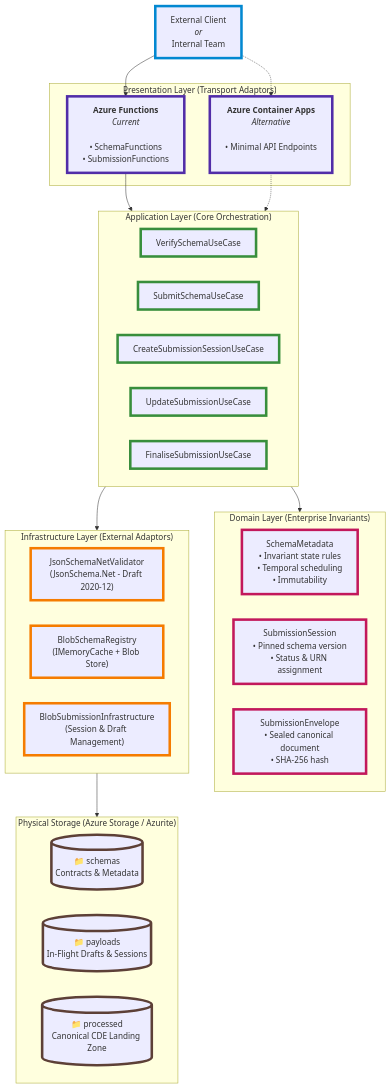
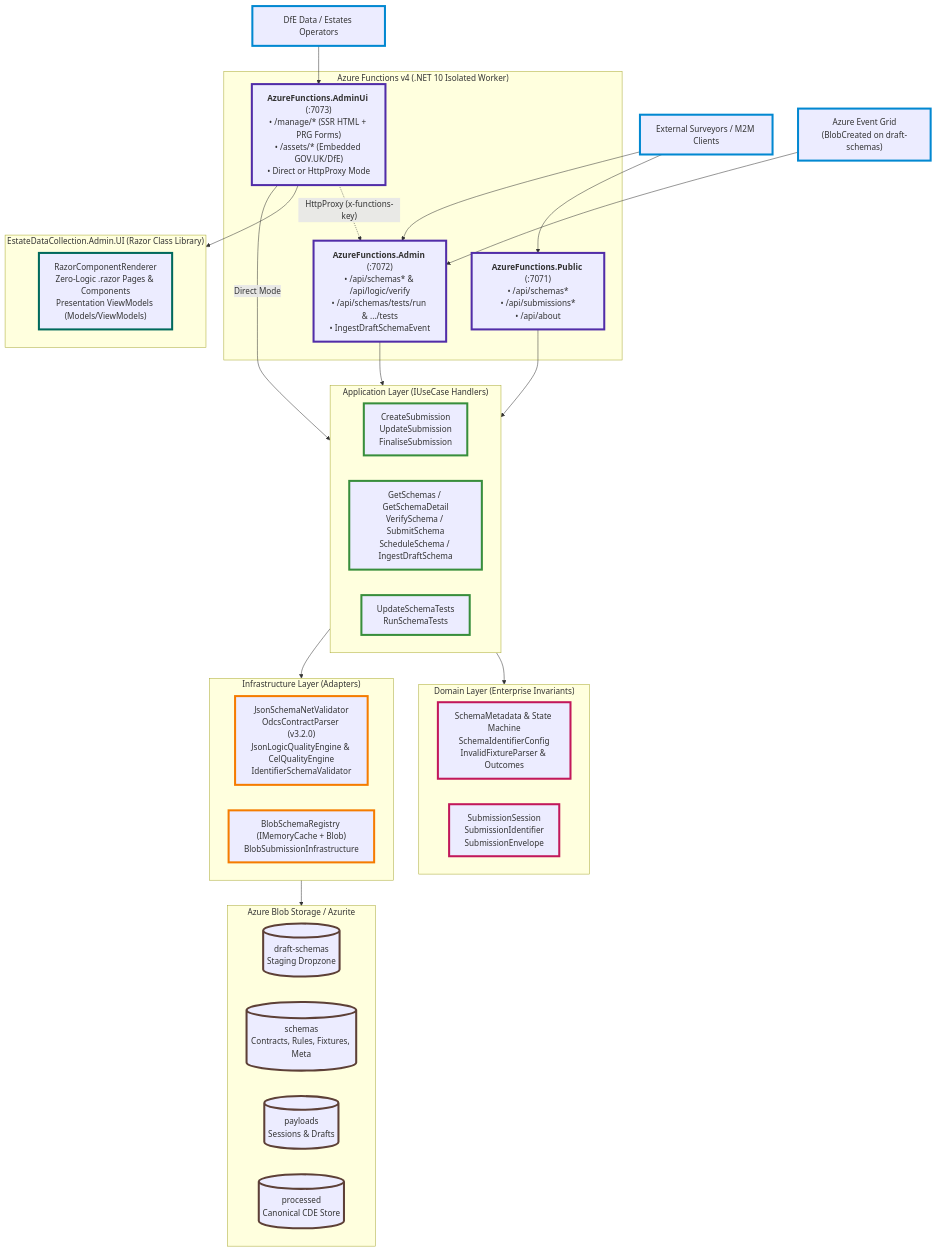
Before and after one commit to DFE-Digital/estate-data-collection: the first of 4 diagrams in ARCHITECTURE.md, drawn with Mermaid. The commit also changed other lines of this file and 10 other files, not shown here.

Commit message:
docs: add ADRs 0017-0022 and update README, architecture, and deployment guides

````diff
--- a/ARCHITECTURE.md
+++ b/ARCHITECTURE.md
@@ -12,53 +12,62 @@
 ```mermaid
 flowchart TD
-    classDef input stroke:#0288d1,stroke-width:5px;
-    classDef internal stroke:#0288d1,stroke-width:5px;
-    classDef host stroke:#512da8,stroke-width:5px;
-    classDef app stroke:#388e3c,stroke-width:5px;
-    classDef domain stroke:#c2185b,stroke-width:5px;
-    classDef infra stroke:#f57c00,stroke-width:5px;
-    classDef storage stroke:#5d4037,stroke-width:5px;
+    classDef input stroke:#0288d1,stroke-width:4px;
+    classDef host stroke:#512da8,stroke-width:4px;
+    classDef ui stroke:#00695c,stroke-width:4px;
+    classDef app stroke:#388e3c,stroke-width:4px;
+    classDef domain stroke:#c2185b,stroke-width:4px;
+    classDef infra stroke:#f57c00,stroke-width:4px;
+    classDef storage stroke:#5d4037,stroke-width:4px;
 
-    Client["External Client<br/><i>or</i><br/>Internal Team"]:::input
+    M2M["External Surveyors / M2M Clients"]:::input
+    Operator["DfE Data / Estates Operators"]:::input
+    EG["Azure Event Grid<br/>(BlobCreated on draft-schemas)"]:::input
 
-    subgraph Presentation["Presentation Layer (Transport Adaptors)"]
-        AF["<b>Azure Functions</b><br/><i>Current</i><br/><br/>• SchemaFunctions<br/>• SubmissionFunctions"]:::host
-        ACA["<b>Azure Container Apps</b><br/><i>Alternative</i><br/><br/>• Minimal API Endpoints<br/><br/>"]:::host
+    subgraph Hosts["Azure Functions v4 (.NET 10 Isolated Worker)"]
+        F_PUB["<b>AzureFunctions.Public</b> (:7071)<br/>• /api/schemas*<br/>• /api/submissions*<br/>• /api/about"]:::host
+        F_ADM["<b>AzureFunctions.Admin</b> (:7072)<br/>• /api/schemas* &amp; /api/logic/verify<br/>• /api/schemas/tests/run &amp; .../tests<br/>• IngestDraftSchemaEvent"]:::host
+        F_UI["<b>AzureFunctions.AdminUi</b> (:7073)<br/>• /manage/* (SSR HTML + PRG Forms)<br/>• /assets/* (Embedded GOV.UK/DfE)<br/>• Direct or HttpProxy Mode"]:::host
     end
 
-    subgraph Application["Application Layer (Core Orchestration)"]
-        UC_Verify["VerifySchemaUseCase"]:::app
-        UC_SubmitSchema["SubmitSchemaUseCase"]:::app
-        UC_CreateSub["CreateSubmissionSessionUseCase"]:::app
-        UC_UpdateSub["UpdateSubmissionUseCase"]:::app
-        UC_FinaliseSub["FinaliseSubmissionUseCase"]:::app
+    subgraph AdminUI["EstateDataCollection.Admin.UI (Razor Class Library)"]
+        RCR["RazorComponentRenderer<br/>Zero-Logic .razor Pages &amp; Components<br/>Presentation ViewModels (Models/ViewModels)"]:::ui
+    end
+
+    subgraph Application["Application Layer (IUseCase Handlers)"]
+        UC_SUB["CreateSubmission<br/>UpdateSubmission<br/>FinaliseSubmission"]:::app
+        UC_SCH["GetSchemas / GetSchemaDetail<br/>VerifySchema / SubmitSchema<br/>ScheduleSchema / IngestDraftSchema"]:::app
+        UC_TST["UpdateSchemaTests<br/>RunSchemaTests"]:::app
     end
 
     subgraph Domain["Domain Layer (Enterprise Invariants)"]
-        D_Schema["SchemaMetadata<br/>• Invariant state rules<br/>• Temporal scheduling<br/>• Immutability"]:::domain
-        D_Session["SubmissionSession<br/>• Pinned schema version<br/>• Status & URN assignment"]:::domain
-        D_Envelope["SubmissionEnvelope<br/>• Sealed canonical document<br/>• SHA-256 hash"]:::domain
+        D_SCH["SchemaMetadata &amp; State Machine<br/>SchemaIdentifierConfig<br/>InvalidFixtureParser &amp; Outcomes"]:::domain
+        D_SUB["SubmissionSession<br/>SubmissionIdentifier<br/>SubmissionEnvelope"]:::domain
     end
 
-    subgraph Infrastructure["Infrastructure Layer (External Adaptors)"]
-        Validator["JsonSchemaNetValidator<br/>(JsonSchema.Net - Draft 2020-12)"]:::infra
-        Registry["BlobSchemaRegistry<br/>(IMemoryCache + Blob Store)"]:::infra
-        SubmissionRepo["BlobSubmissionInfrastructure<br/>(Session & Draft Management)"]:::infra
+    subgraph Infrastructure["Infrastructure Layer (Adapters)"]
+        VAL["JsonSchemaNetValidator<br/>OdcsContractParser (v3.2.0)<br/>JsonLogicQualityEngine &amp; CelQualityEngine<br/>IdentifierSchemaValidator"]:::infra
+        REG["BlobSchemaRegistry (IMemoryCache + Blob)<br/>BlobSubmissionInfrastructure"]:::infra
     end
 
-    subgraph Storage["Physical Storage (Azure Storage / Azurite)"]
-        C_Schemas[("📁 schemas<br/>Contracts & Metadata")]:::storage
-        C_Payloads[("📁 payloads<br/>In-Flight Drafts & Sessions")]:::storage
-        C_Processed[("📁 processed<br/>Canonical CDE Landing Zone")]:::storage
+    subgraph Storage["Azure Blob Storage / Azurite"]
+        C_DRF[("draft-schemas<br/>Staging Dropzone")]:::storage
+        C_SCH[("schemas<br/>Contracts, Rules, Fixtures, Meta")]:::storage
+        C_PAY[("payloads<br/>Sessions &amp; Drafts")]:::storage
+        C_PRO[("processed<br/>Canonical CDE Store")]:::storage
     end
 
-    Client --> AF
-    Client -.-> ACA
-    AF --> Application
-    ACA -.-> Application
+    M2M --> F_PUB
+    Operator --> F_UI
+    M2M --> F_ADM
+    EG --> F_ADM
+
+    F_UI --> AdminUI
+    F_UI -. "HttpProxy (x-functions-key)" .-> F_ADM
+    F_UI -- "Direct Mode" --> Application
+    F_PUB --> Application
+    F_ADM --> Application
 
     Application --> Domain
     Application --> Infrastructure
-
     Infrastructure --> Storage
 ```
````
